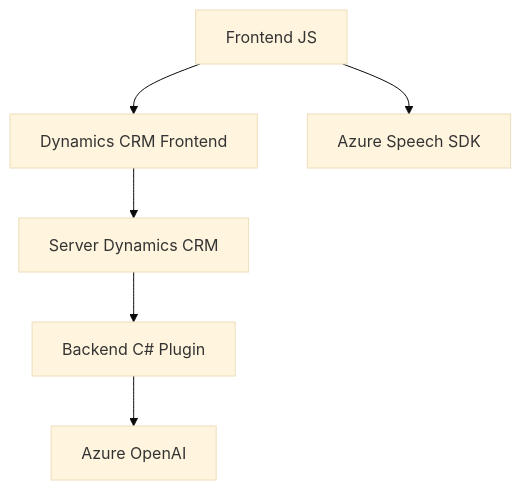
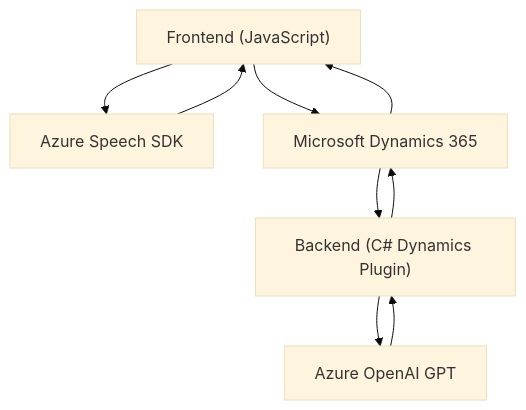
The diagram in README.md (blopezdm/NETCORE_BILBAO2025), drawn with Mermaid (base theme) before and after one commit. The commit also changed other lines of this file, not shown here.

````diff
--- a/README.md
+++ b/README.md
@@ -35,15 +69,17 @@
 ```mermaid
 graph TD
-    A["Frontend JS"]
-    B["Dynamics CRM Frontend"]
+    A["Frontend (JavaScript)"]
+    B["Backend (C# Dynamics Plugin)"]
     C["Azure Speech SDK"]
-    D["Backend C# Plugin"]
-    E["Server Dynamics CRM"]
-    F["Azure OpenAI"]
+    D["Azure OpenAI GPT"]
+    E["Microsoft Dynamics 365"]
 
-    A --> B
+    A --> C
+    A --> E
+    B --> D
     B --> E
-    A --> C
-    E --> D
-    D --> F
+    C --> A
+    D --> B
+    E --> B
+    E --> A
 ```
````
